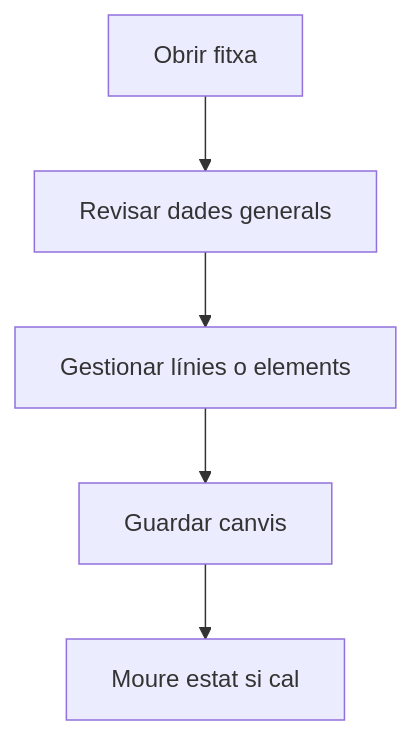
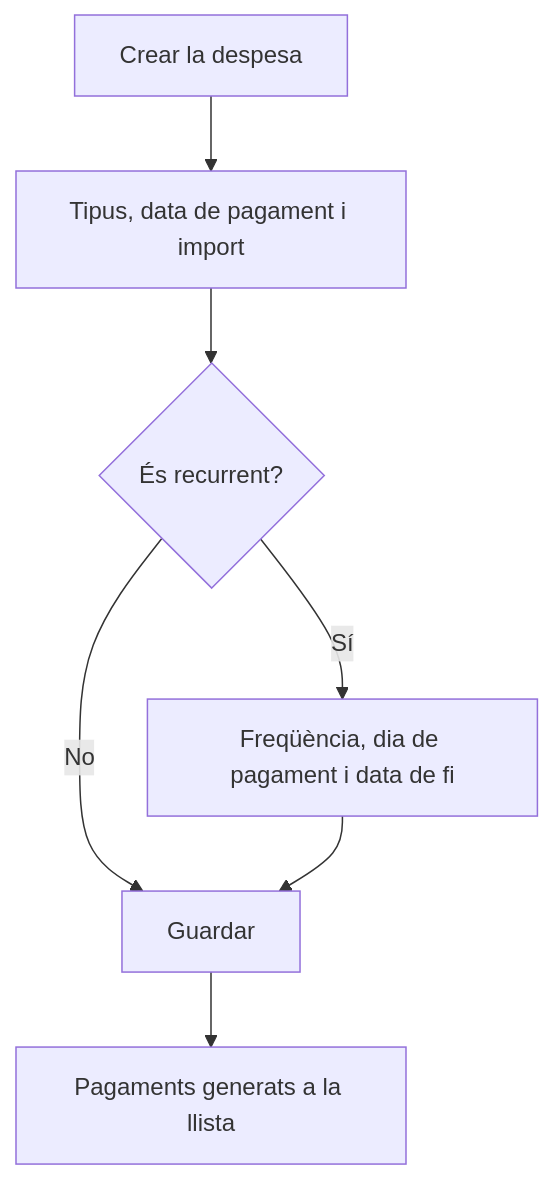
The diagram in frontend/src/help/ca/purchase/expense/detail.md (MGurtD/lilith), drawn with Mermaid before and after one commit. The commit also changed other lines of this file and 331 other files, not shown here.

````diff
--- a/frontend/src/help/ca/purchase/expense/detail.md
+++ b/frontend/src/help/ca/purchase/expense/detail.md
@@ -34,7 +40,9 @@
 ```mermaid
 flowchart TD
-    A[Obrir fitxa] --> B[Revisar dades generals]
-    B --> C[Gestionar línies o elements]
-    C --> D[Guardar canvis]
-    D --> E[Moure estat si cal]
+    A[Crear la despesa] --> B[Tipus, data de pagament i import]
+    B --> C{És recurrent?}
+    C -->|No| E[Guardar]
+    C -->|Sí| D[Freqüència, dia de pagament i data de fi]
+    D --> E
+    E --> F[Pagaments generats a la llista]
 ```
````
